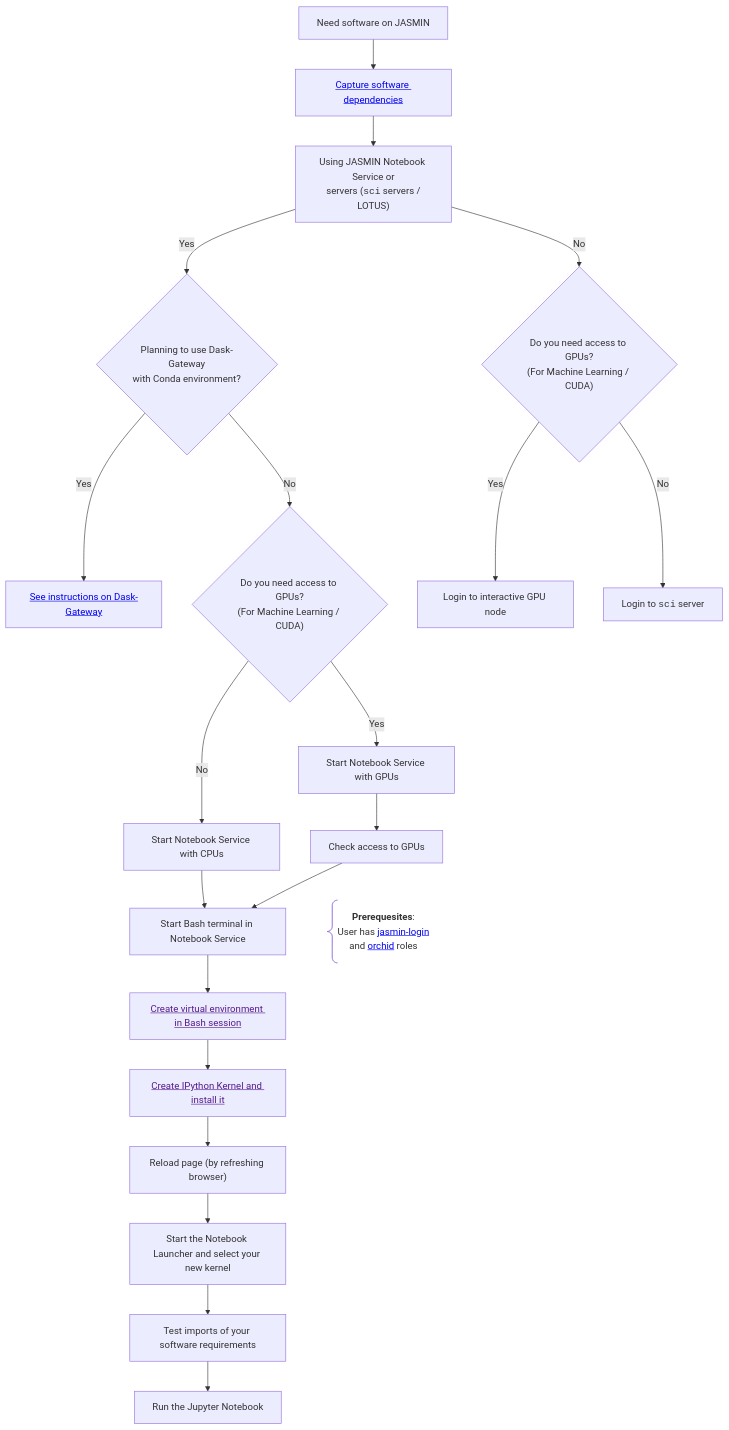
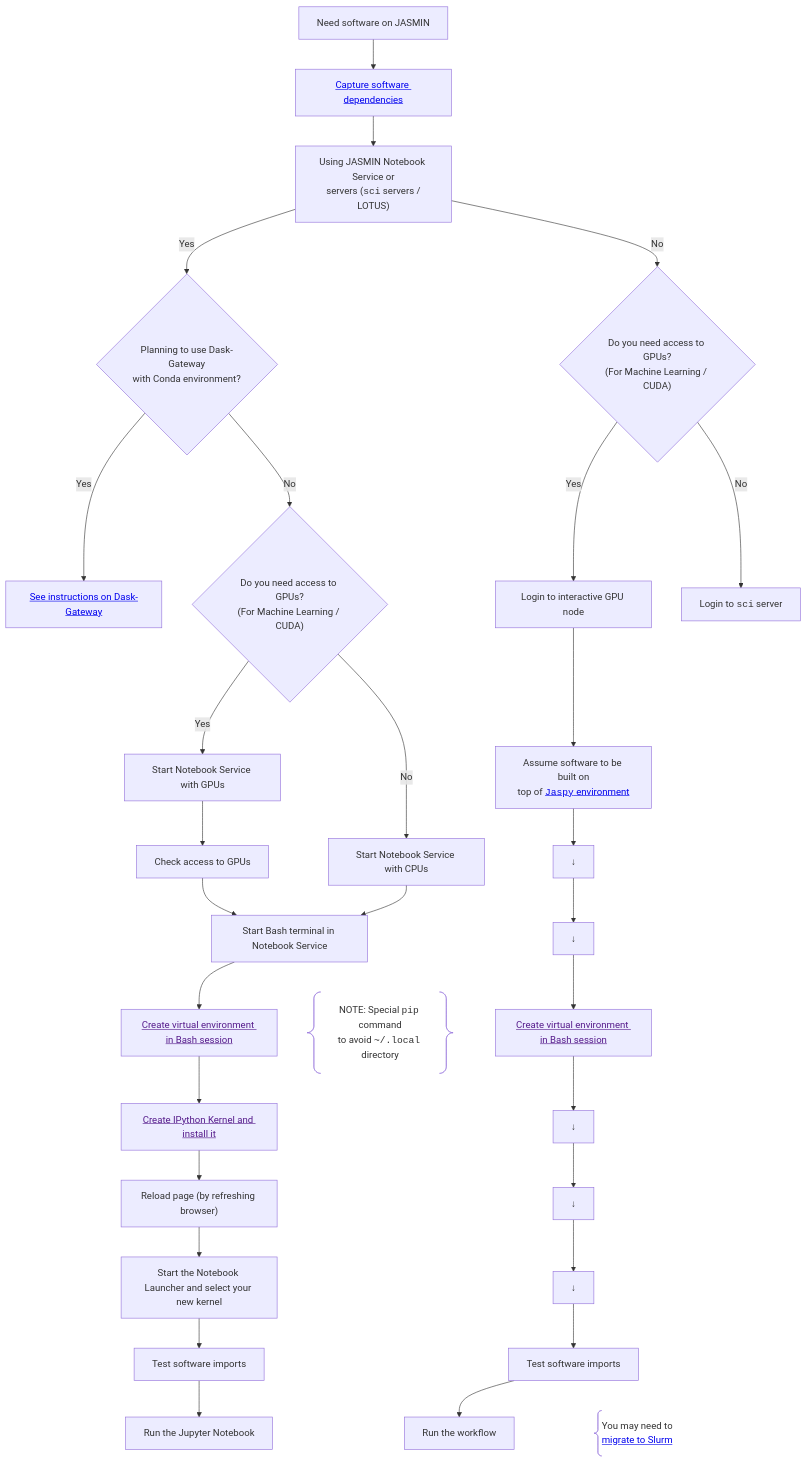
The second of 3 diagrams in README.md (agstephens/proto-jasmin-mermaid-docs), drawn with Mermaid before and after one commit.

Commit message:
Update flowchart labels in README.md

````diff
--- a/README.md
+++ b/README.md
@@ -105,49 +105,52 @@
 ```mermaid
 ---
   theme: 'default'
   themeVariables:
     fontSize: 9pt
 ---
 flowchart TD
     NEED[Need software on JASMIN] --> REQS
 
     REQS[<a href="https://github.com/agstephens/proto-jasmin-mermaid-docs/blob/main/README.md#managing-your-dependencies-using-a-requirements-file">Capture software dependencies</a>]
 
     REQS --> JNS[Using JASMIN Notebook Service or<br/> servers #40;<code>sci</code> servers / LOTUS#41;]
 
     JNS -->|Yes| DASK{Planning to use Dask-Gateway<br/>with Conda environment?}
 
     USE_DASK[<a href="https://github.com/agstephens/proto-jasmin-mermaid-docs/blob/main/README.md#using-dask-gateway">See instructions on Dask-Gateway</a>]
     DASK -->|Yes| USE_DASK
     DASK -->|No| GPU_JNS{Do you need access to GPUs?<br/>#40;For Machine Learning / CUDA#41;}
 
     GPU_JNS -->|Yes| START_JNS_GPU[Start Notebook Service with GPUs]
     GPU_JNS -->|No| START_JNS_CPU[Start Notebook Service with CPUs]
 
     START_JNS_GPU --> CHECK_GPU[Check access to GPUs]
 
     JNS_BASH[Start Bash terminal in Notebook Service]
 
     CHECK_GPU --> JNS_BASH    
     START_JNS_CPU --> JNS_BASH
 
     JNS_BASH --> VENV_JNS[<a href="">Create virtual environment in Bash session</a>]
     VENV_JNS --> KERNEL[<a href="">Create IPython Kernel and install it</a>]
     KERNEL --> RELOAD[Reload page #40;by refreshing browser#41;]
 
     RELOAD --> LAUNCH_NB[Start the Notebook Launcher and select your new kernel]
-    LAUNCH_NB --> TEST_IMPORTS[Test imports of your software requirements]
+    LAUNCH_NB --> TEST_IMP_JNS[Test software imports]
 
-    TEST_IMPORTS --> RUN_NB[Run the Jupyter Notebook]
+    TEST_IMP_JNS --> RUN_NB[Run the Jupyter Notebook]
 
     JNS -->|No| GPU_SCI{Do you need access to GPUs?<br/>#40;For Machine Learning / CUDA#41;}
     GPU_SCI -->|Yes| LOGIN_GPU[Login to interactive GPU node]
     GPU_SCI -->|No| LOGIN_CPU[Login to <code>sci</code> server]
 
+    LOGIN_GPU --> JASPY_BASE[Assume software to be built on<br/>top of <a href="https://help.jasmin.ac.uk/docs/software-on-jasmin/jaspy-envs/"><code>Jaspy</code> environment<a/>]
+    JASPY_BASE --> _1[#darr;] --> _2[#darr;] --> VENV_SCI[<a href="">Create virtual environment in Bash session</a>]
 
-    CHECK_GPU ~~~ C1@{ shape: brace-l, label: "<b>Prerequesites</b>:
-        User has <a href='http://help.jasmin.ac.uk/docs/getting-started/get-login-account/'>jasmin-login</a> 
-        and <a href='https://help.jasmin.ac.uk/docs/batch-computing/orchid-gpu-cluster/#request-access-to-orchid'>orchid</a> roles" }
+    VENV_SCI --> _3[#darr;] --> _4[#darr;] --> _5[#darr;] --> TEST_IMP_SCI[Test software imports]
+    TEST_IMP_SCI --> RUN_SCI[Run the workflow]
 
+    JNS_BASH ~~~ C1@{ shape: braces, label: "NOTE: Special <code>pip</code> command<br/>to avoid <code>~/.local</code> directory" }
+    TEST_IMP_SCI ~~~ C2@{ shape: brace-l, label: "You may need to<br/><a href="https://github.com/agstephens/proto-jasmin-mermaid-docs/blob/main/README.md#workflow-migration">migrate to Slurm</a>"}
 
 ```
````
